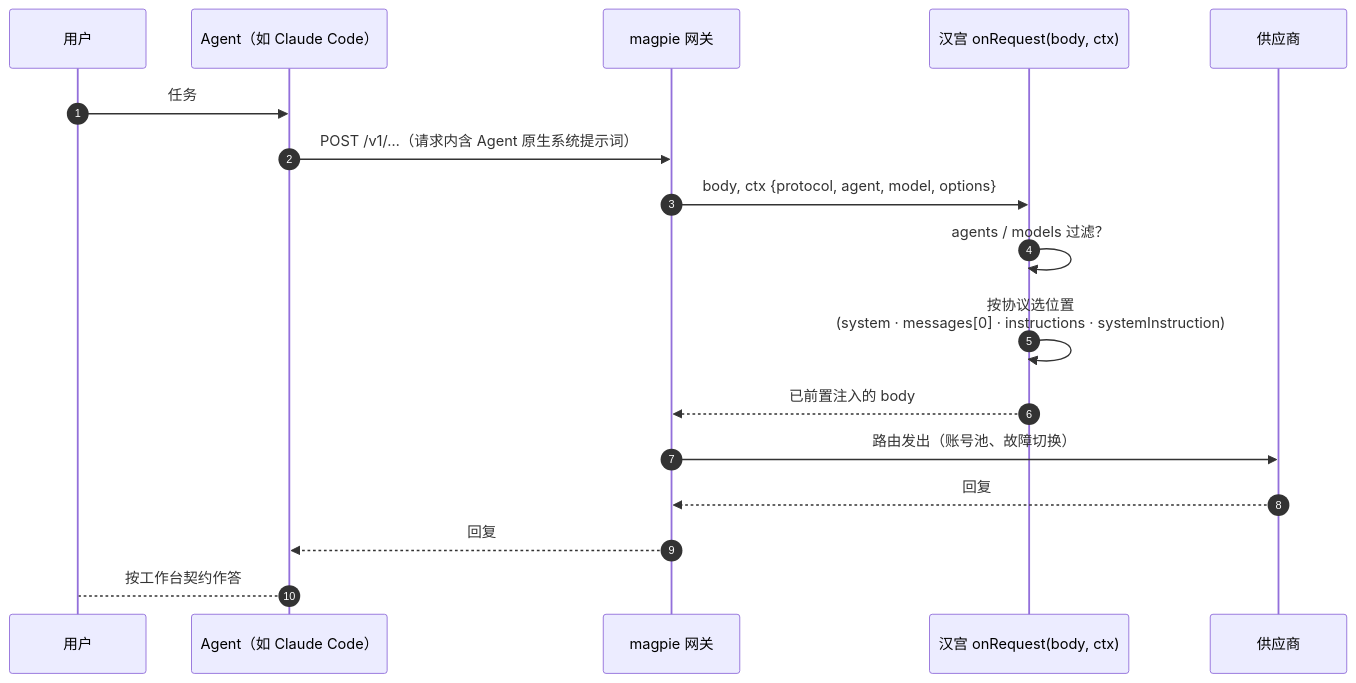
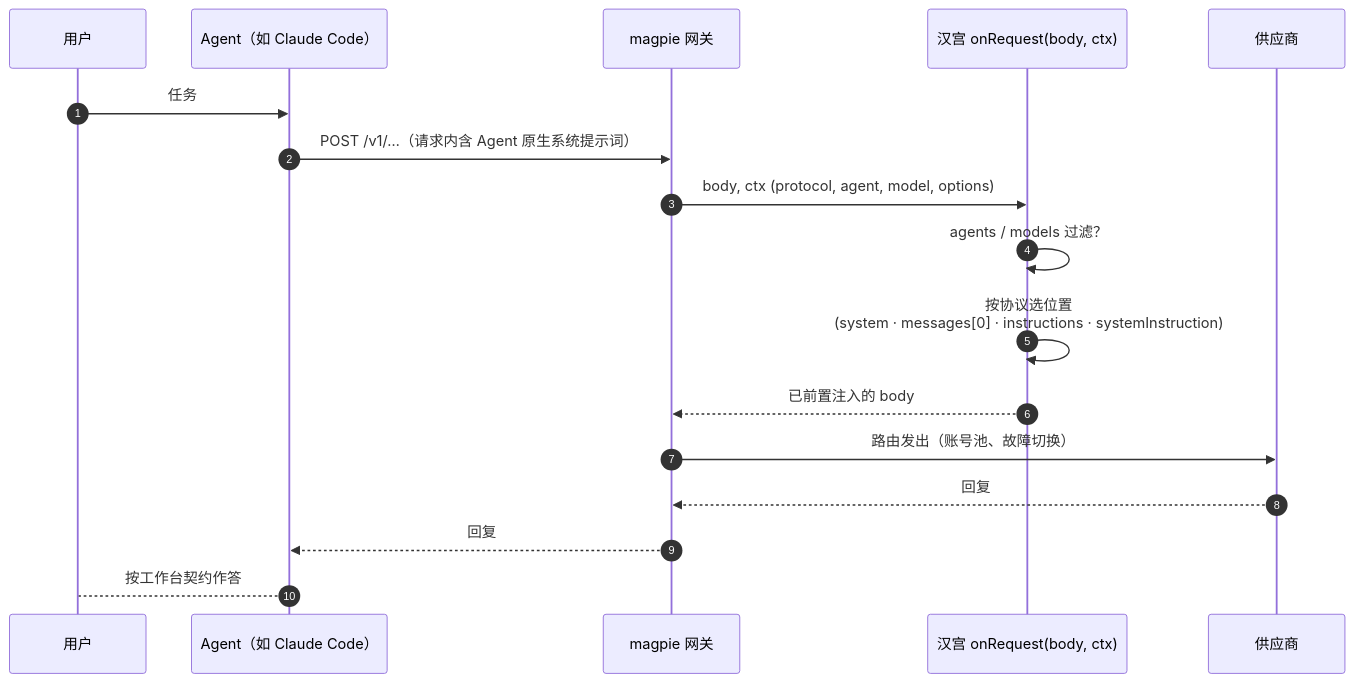
The fourth of 4 diagrams in README.md (YaoGuaiLi/hangong), drawn with Mermaid before and after one commit. The commit also changed other lines of this file and 5 other files, not shown here.

Commit message:
v1.0.1: plugin icon, rendered architecture/sequence SVGs, mermaid sources in details

````diff
--- a/README.md
+++ b/README.md
@@ -290,20 +312,20 @@
 ```mermaid
 sequenceDiagram
     autonumber
     participant U as 用户
     participant A as Agent（如 Claude Code）
     participant M as magpie 网关
     participant H as 汉宫 onRequest(body, ctx)
     participant P as 供应商
 
     U->>A: 任务
     A->>M: POST /v1/…（请求内含 Agent 原生系统提示词）
-    M->>H: body, ctx {protocol, agent, model, options}
+    M->>H: body, ctx (protocol, agent, model, options)
     H->>H: agents / models 过滤？
     H->>H: 按协议选位置<br/>(system · messages[0] · instructions · systemInstruction)
     H-->>M: 已前置注入的 body
     M->>P: 路由发出（账号池、故障切换）
     P-->>M: 回复
     M-->>A: 回复
     A-->U: 按工作台契约作答
 ```
````
